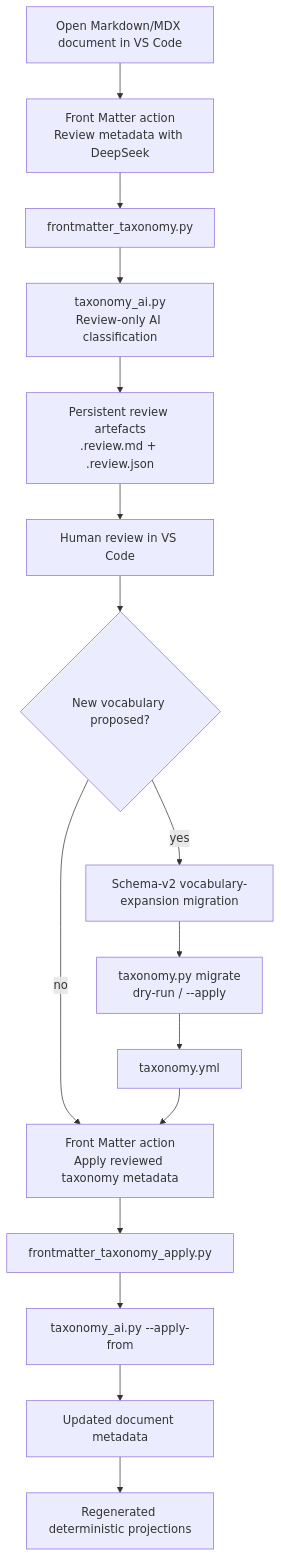
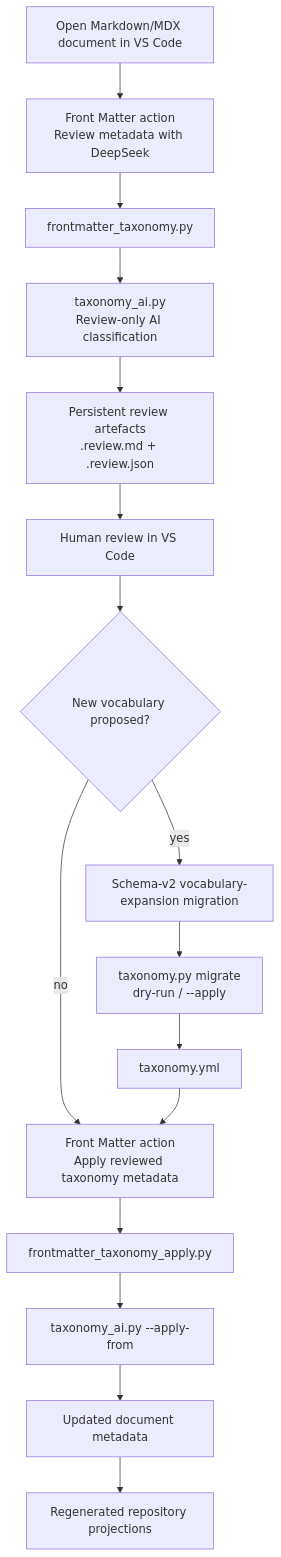
One commit to iand4096/docusaurusportfolio changed the second of 2 diagrams in docs/implementation-details/taxonomy.md. Above: the diagram before and after it, drawn with Mermaid. The commit also changed other lines of this file and 2 other files, not shown here.

````diff
--- a/docs/implementation-details/taxonomy.md
+++ b/docs/implementation-details/taxonomy.md
@@ -255,39 +209,34 @@
 ```mermaid
 flowchart TD
     DOC["Open Markdown/MDX document in VS Code"]
     REVIEW_ACTION["Front Matter action<br/>Review metadata with DeepSeek"]
     WRAPPER["frontmatter_taxonomy.py"]
     AI["taxonomy_ai.py<br/>Review-only AI classification"]
     ARTEFACTS["Persistent review artefacts<br/>.review.md + .review.json"]
     HUMAN["Human review in VS Code"]
-
     PROPOSAL{"New vocabulary proposed?"}
     MIGRATION["Schema-v2 vocabulary-expansion migration"]
     ENGINE["taxonomy.py migrate<br/>dry-run / --apply"]
     TAXONOMY["taxonomy.yml"]
-
     APPLY_ACTION["Front Matter action<br/>Apply reviewed taxonomy metadata"]
     APPLY_WRAPPER["frontmatter_taxonomy_apply.py"]
     APPLY_FROM["taxonomy_ai.py --apply-from"]
     UPDATED_DOC["Updated document metadata"]
-    GENERATED["Regenerated deterministic projections"]
+    GENERATED["Regenerated repository projections"]
 
     DOC --> REVIEW_ACTION
     REVIEW_ACTION --> WRAPPER
     WRAPPER --> AI
     AI --> ARTEFACTS
     ARTEFACTS --> HUMAN
     HUMAN --> PROPOSAL
-
     PROPOSAL -->|"yes"| MIGRATION
     MIGRATION --> ENGINE
     ENGINE --> TAXONOMY
-
     PROPOSAL -->|"no"| APPLY_ACTION
     TAXONOMY --> APPLY_ACTION
-
     APPLY_ACTION --> APPLY_WRAPPER
     APPLY_WRAPPER --> APPLY_FROM
     APPLY_FROM --> UPDATED_DOC
     UPDATED_DOC --> GENERATED
 ```
````
